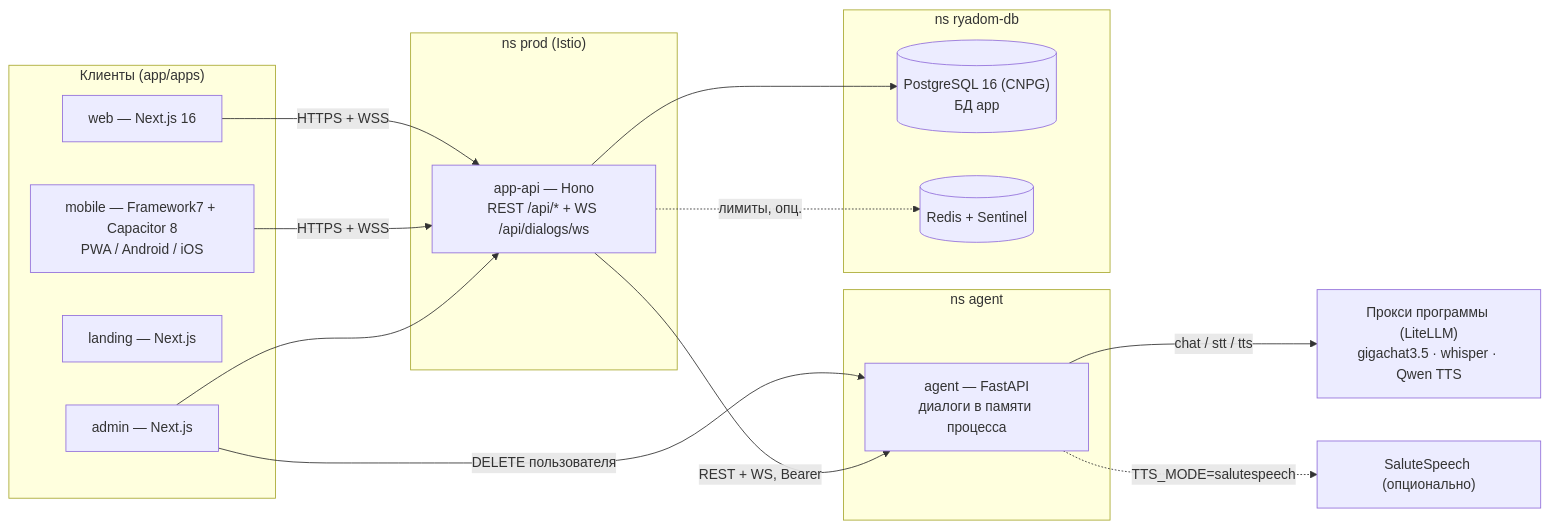
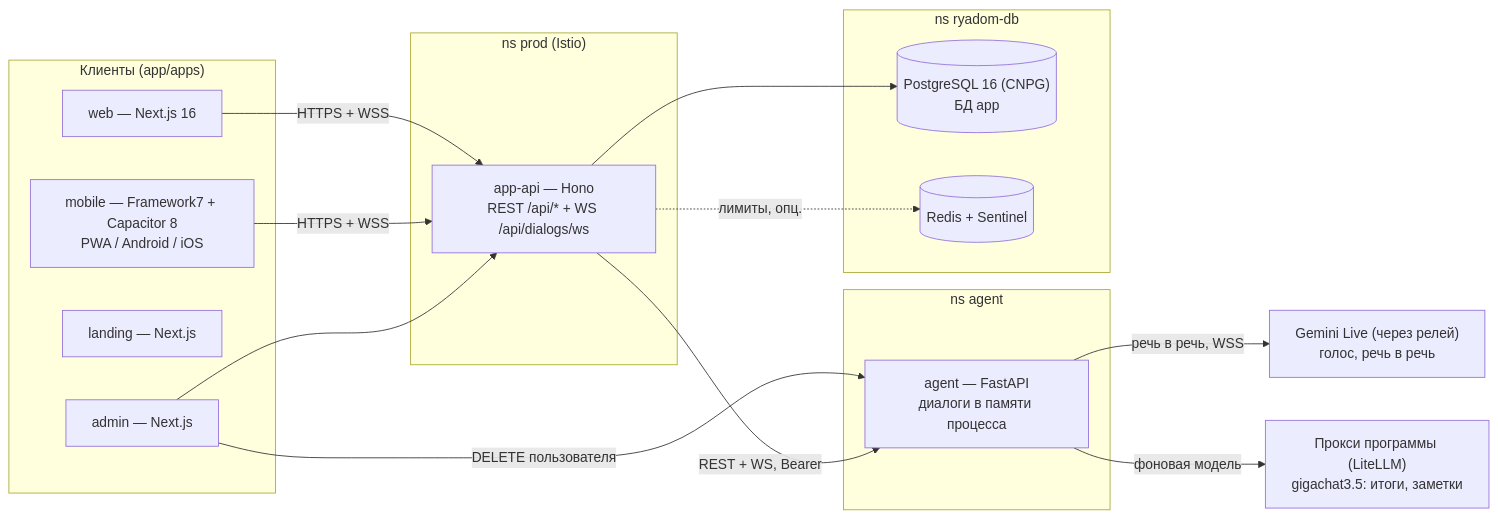
One commit to playa69/ryadom changed the first of 5 diagrams in docs/spec.md. Above: the diagram before and after it, drawn with Mermaid. The commit also changed other lines of this file and 9 other files, not shown here.

````diff
--- a/docs/spec.md
+++ b/docs/spec.md
@@ -163,29 +163,29 @@
 ```mermaid title="Компоненты и потоки"
 flowchart LR
   subgraph Clients["Клиенты (app/apps)"]
     WEB["web — Next.js 16"]
     MOB["mobile — Framework7 + Capacitor 8<br/>PWA / Android / iOS"]
     LAND["landing — Next.js"]
     ADM["admin — Next.js"]
   end
   subgraph Prod["ns prod (Istio)"]
     API["app-api — Hono<br/>REST /api/* + WS /api/dialogs/ws"]
   end
   subgraph AgentNS["ns agent"]
     AG["agent — FastAPI<br/>диалоги в памяти процесса"]
   end
   subgraph DB["ns ryadom-db"]
     PG[("PostgreSQL 16 (CNPG)<br/>БД app")]
     RD[("Redis + Sentinel")]
   end
-  PROXY["Прокси программы (LiteLLM)<br/>gigachat3.5 · whisper · Qwen TTS"]
-  SALUTE["SaluteSpeech (опционально)"]
+  GEMINI["Gemini Live (через релей)<br/>голос, речь в речь"]
+  PROXY["Прокси программы (LiteLLM)<br/>gigachat3.5: итоги, заметки"]
   WEB & MOB -->|HTTPS + WSS| API
   ADM --> API
   ADM -->|DELETE пользователя| AG
   API -->|REST + WS, Bearer| AG
   API --> PG
   API -.->|лимиты, опц.| RD
-  AG -->|chat / stt / tts| PROXY
-  AG -.->|TTS_MODE=salutespeech| SALUTE
+  AG -->|речь в речь, WSS| GEMINI
+  AG -->|фоновая модель| PROXY
 ```
````
